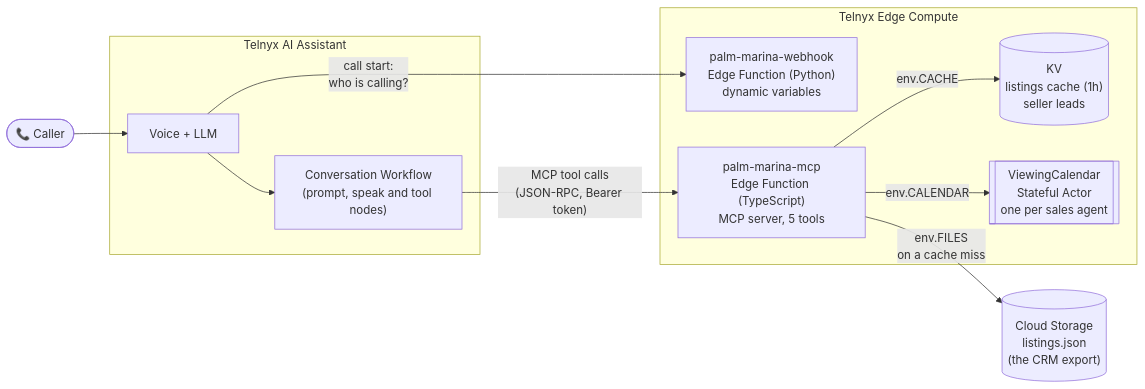
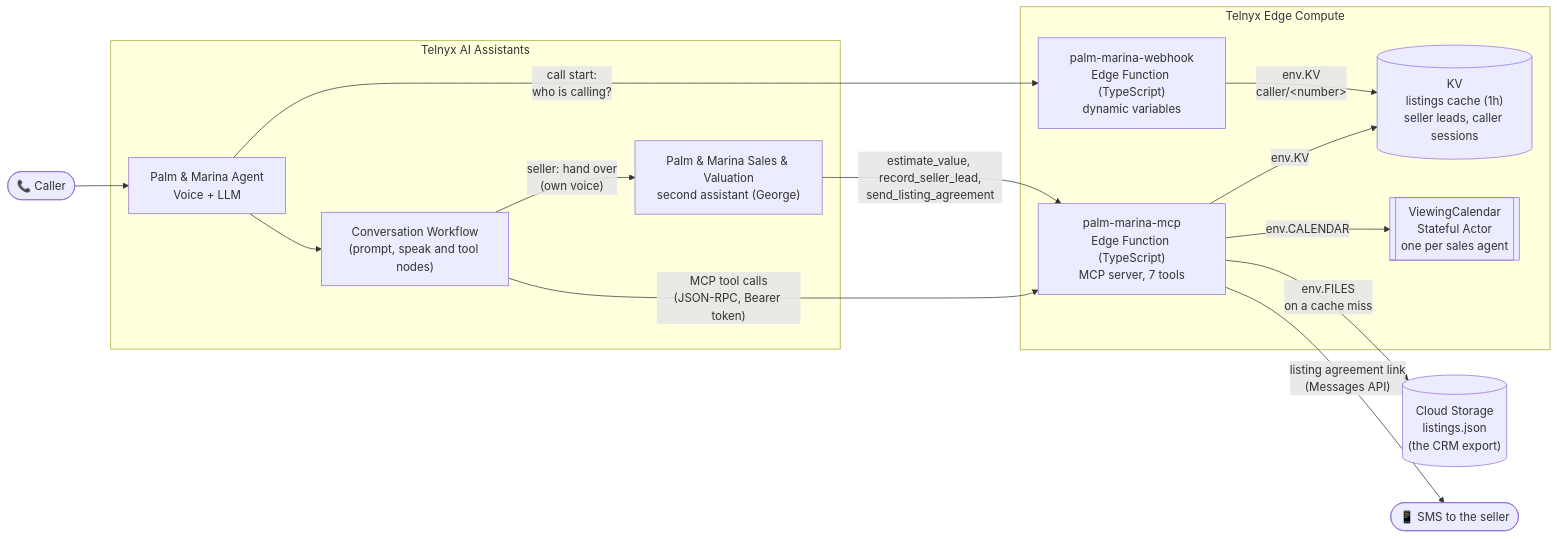
One commit to assoumaaa/telnyx-real-estate changed the first of 4 diagrams in README.md. Above: the diagram before and after it, drawn with Mermaid. The commit also changed other lines of this file, not shown here.

First line of the commit message:
Document the listings assistant, caller memory, error handling and a command cheat sheet

````diff
--- a/README.md
+++ b/README.md
@@ -27,23 +29,27 @@
 ```mermaid
 flowchart LR
     caller(["📞 Caller"]) --> assistant
 
-    subgraph telnyx["Telnyx AI Assistant"]
-        assistant["Voice + LLM"] --> workflow["Conversation Workflow<br/>(prompt, speak and tool nodes)"]
+    subgraph telnyx["Telnyx AI Assistants"]
+        assistant["Palm & Marina Agent<br/>Voice + LLM"] --> workflow["Conversation Workflow<br/>(prompt, speak and tool nodes)"]
+        workflow -- "seller: hand over<br/>(own voice)" --> listings["Palm & Marina Sales & Valuation<br/>second assistant (George)"]
     end
 
     assistant -- "call start:<br/>who is calling?" --> webhook
     workflow -- "MCP tool calls<br/>(JSON-RPC, Bearer token)" --> mcp
+    listings -- "estimate_value, record_seller_lead,<br/>send_listing_agreement" --> mcp
 
     subgraph edge["Telnyx Edge Compute"]
-        webhook["palm-marina-webhook<br/>Edge Function (Python)<br/>dynamic variables"]
-        mcp["palm-marina-mcp<br/>Edge Function (TypeScript)<br/>MCP server, 5 tools"]
-        kv[("KV<br/>listings cache (1h)<br/>seller leads")]
+        webhook["palm-marina-webhook<br/>Edge Function (TypeScript)<br/>dynamic variables"]
+        mcp["palm-marina-mcp<br/>Edge Function (TypeScript)<br/>MCP server, 7 tools"]
+        kv[("KV<br/>listings cache (1h)<br/>seller leads, caller sessions")]
         actor[["ViewingCalendar<br/>Stateful Actor<br/>one per sales agent"]]
-        mcp -- "env.CACHE" --> kv
+        mcp -- "env.KV" --> kv
         mcp -- "env.CALENDAR" --> actor
+        webhook -- "env.KV<br/>caller/&lt;number&gt;" --> kv
     end
 
     bucket[("Cloud Storage<br/>listings.json<br/>(the CRM export)")]
     mcp -- "env.FILES<br/>on a cache miss" --> bucket
+    mcp -- "listing agreement link<br/>(Messages API)" --> sms(["📱 SMS to the seller"])
 ```
````
